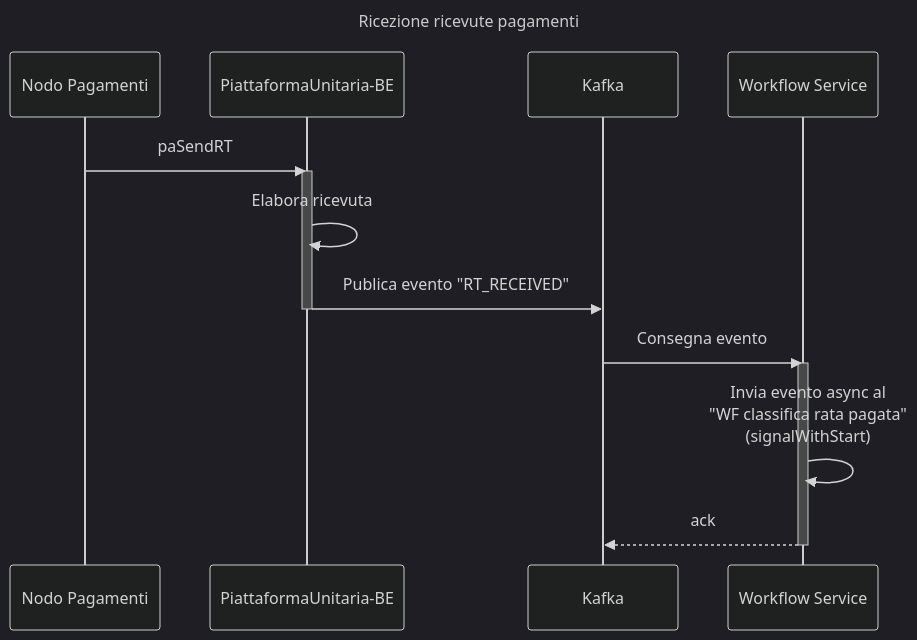
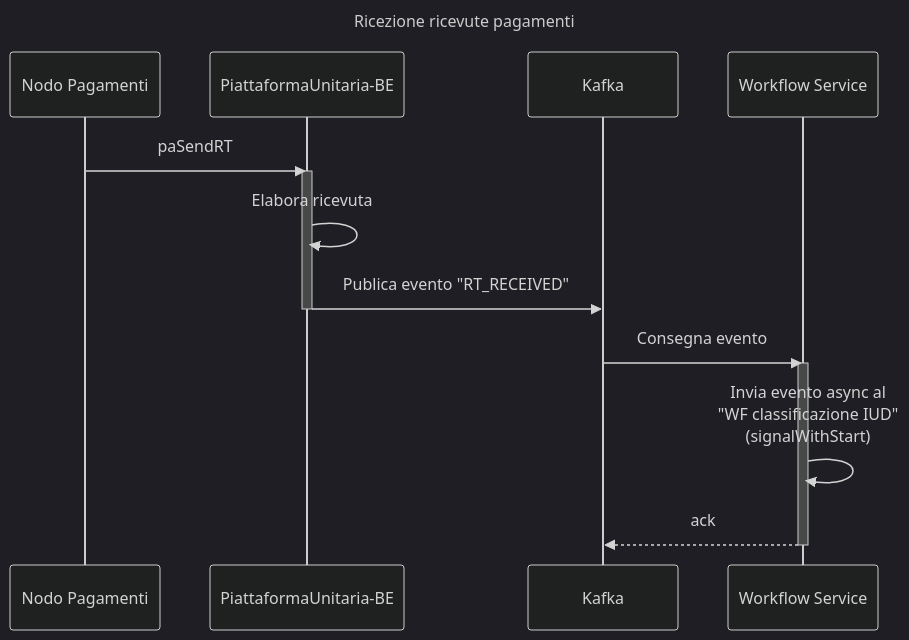
The diagram in design/workflow/classificazioneIncassi/01.seq_ricevutaPagamento.mmd (pagopa/p4pa-doc), drawn with Mermaid (dark theme) before and after one commit. The commit also changed 5 other files, not shown here.

```diff
--- a/design/workflow/classificazioneIncassi/01.seq_ricevutaPagamento.mmd
+++ b/design/workflow/classificazioneIncassi/01.seq_ricevutaPagamento.mmd
@@ -1,23 +1,23 @@
 ---
 title: Ricezione ricevute pagamenti
 ---
 sequenceDiagram
     participant NODO as Nodo Pagamenti
     participant PU-BE as PiattaformaUnitaria-BE
     participant KAFKA as Kafka
     participant WF as Workflow Service
 
     NODO ->> PU-BE: paSendRT
 
     activate PU-BE
         PU-BE ->> PU-BE: Elabora ricevuta
         PU-BE ->> KAFKA: Publica evento "RT_RECEIVED"
     deactivate PU-BE
 
     KAFKA ->> WF: Consegna evento
 
     activate WF
-        WF ->>WF: Invia evento async al<BR />"WF classifica rata pagata"<BR /> (signalWithStart)
+        WF ->>WF: Invia evento async al<BR />"WF classificazione IUD"<BR /> (signalWithStart)
 
         WF -->> KAFKA: ack
     deactivate WF
```
